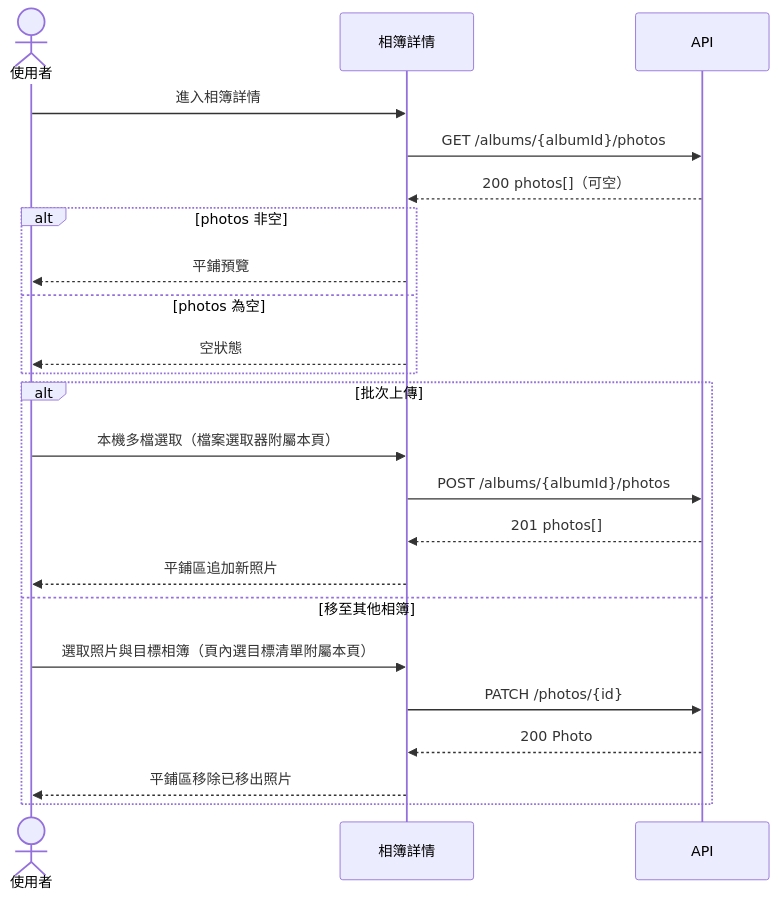
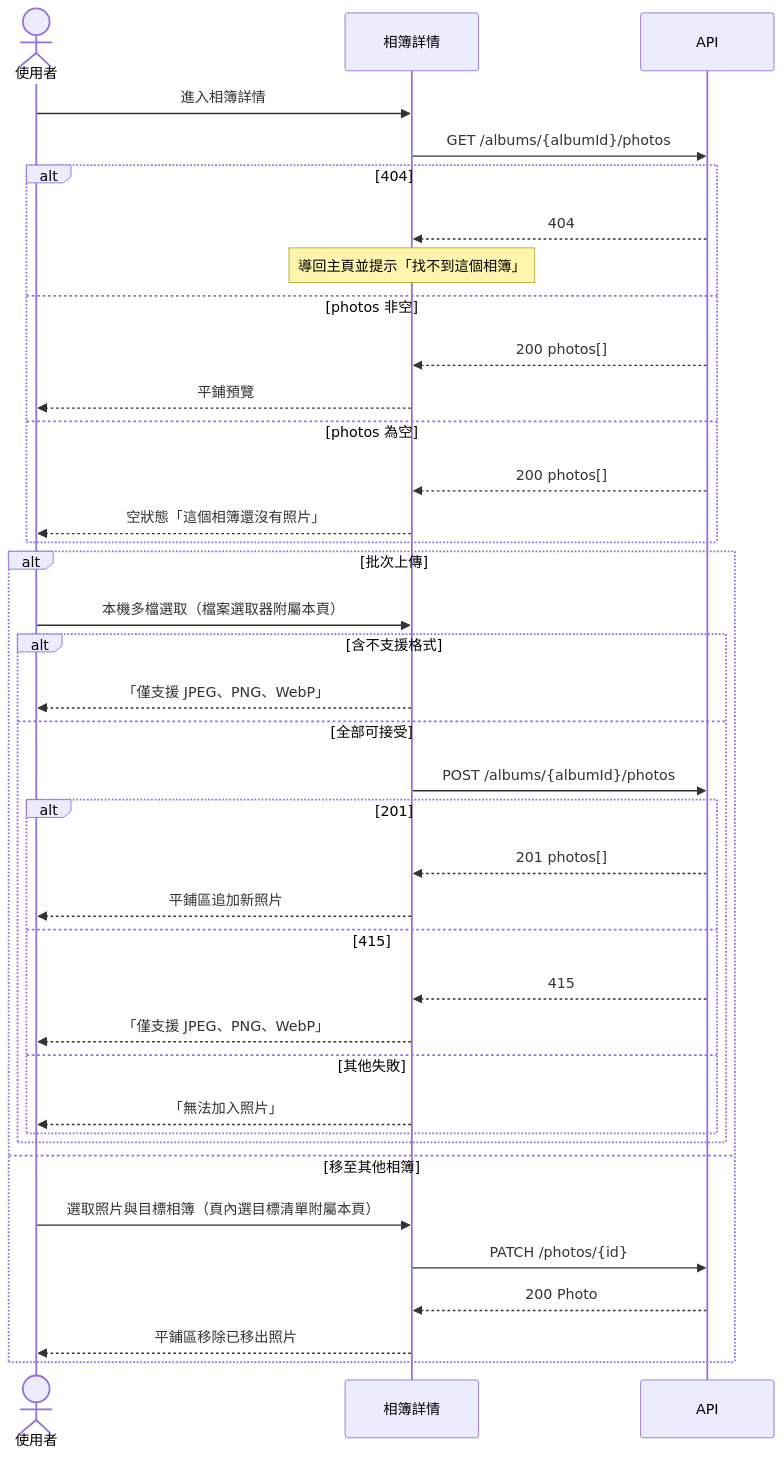
Before and after one commit to Waterball-Limited-Company/Jochu-lv1-training-course: the eighth of 9 diagrams in specs/001-photo-albums/system-analyze/ui-plan.md, drawn with Mermaid. The commit also changed other lines of this file and 84 other files, not shown here.

````diff
--- a/specs/001-photo-albums/system-analyze/ui-plan.md
+++ b/specs/001-photo-albums/system-analyze/ui-plan.md
@@ -217,27 +302,42 @@
 ```mermaid
 sequenceDiagram
     actor U as 使用者
     participant Album as 相簿詳情
     participant API as API
 
     U->>Album: 進入相簿詳情
     Album->>API: GET /albums/{albumId}/photos
-    API-->>Album: 200 photos[]（可空）
-    alt photos 非空
+    alt 404
+        API-->>Album: 404
+        Note over Album: 導回主頁並提示「找不到這個相簿」
+    else photos 非空
+        API-->>Album: 200 photos[]
         Album-->>U: 平鋪預覽
     else photos 為空
-        Album-->>U: 空狀態
+        API-->>Album: 200 photos[]
+        Album-->>U: 空狀態「這個相簿還沒有照片」
     end
 
     alt 批次上傳
         U->>Album: 本機多檔選取（檔案選取器附屬本頁）
-        Album->>API: POST /albums/{albumId}/photos
-        API-->>Album: 201 photos[]
-        Album-->>U: 平鋪區追加新照片
+        alt 含不支援格式
+            Album-->>U: 「僅支援 JPEG、PNG、WebP」
+        else 全部可接受
+            Album->>API: POST /albums/{albumId}/photos
+            alt 201
+                API-->>Album: 201 photos[]
+                Album-->>U: 平鋪區追加新照片
+            else 415
+                API-->>Album: 415
+                Album-->>U: 「僅支援 JPEG、PNG、WebP」
+            else 其他失敗
+                Album-->>U: 「無法加入照片」
+            end
+        end
     else 移至其他相簿
         U->>Album: 選取照片與目標相簿（頁內選目標清單附屬本頁）
         Album->>API: PATCH /photos/{id}
         API-->>Album: 200 Photo
         Album-->>U: 平鋪區移除已移出照片
     end
 ```
````
